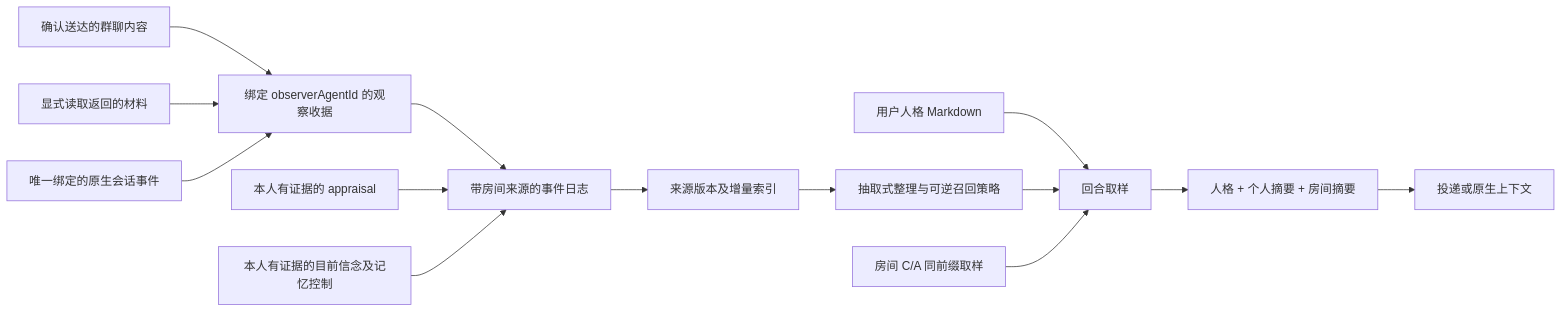
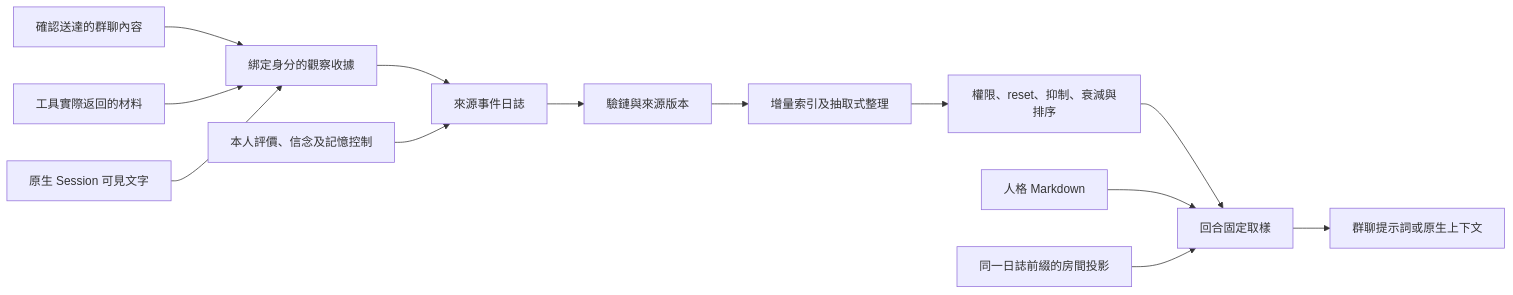
The diagram in docs/agent-memory-architecture.md (ALPSIYH/dsh-chat-local), drawn with Mermaid before and after one commit. The commit also changed other lines of this file and 14 other files, not shown here.

````diff
--- a/docs/agent-memory-architecture.md
+++ b/docs/agent-memory-architecture.md
@@ -43,16 +24,15 @@
 ```mermaid
 flowchart LR
-    P[用户人格 Markdown] --> S[回合取样]
-    R[确认送达的群聊内容] --> O[绑定 observerAgentId 的观察收据]
-    T[显式读取返回的材料] --> O
-    N[唯一绑定的原生会话事件] --> O
-    O --> E[带房间来源的事件日志]
-    A[本人有证据的 appraisal] --> E
-    B[本人有证据的目前信念及记忆控制] --> E
-    E --> M[来源版本及增量索引]
-    M --> L[抽取式整理与可逆召回策略]
-    L --> S
-    C[房间 C/A 同前缀取样] --> S
-    S --> I[人格 + 个人摘要 + 房间摘要]
-    I --> D[投递或原生上下文]
+    G[確認送達的群聊內容] --> O[綁定身分的觀察收據]
+    T[工具實際返回的材料] --> O
+    N[原生 Session 可見文字] --> O
+    O --> E[來源事件日誌]
+    J[本人評價、信念及記憶控制] --> E
+    E --> V[驗鏈與來源版本]
+    V --> M[增量索引及抽取式整理]
+    M --> R[權限、reset、抑制、衰減與排序]
+    R --> S[回合固定取樣]
+    P[人格 Markdown] --> S
+    C[同一日誌前綴的房間投影] --> S
+    S --> I[群聊提示詞或原生上下文]
 ```
````
